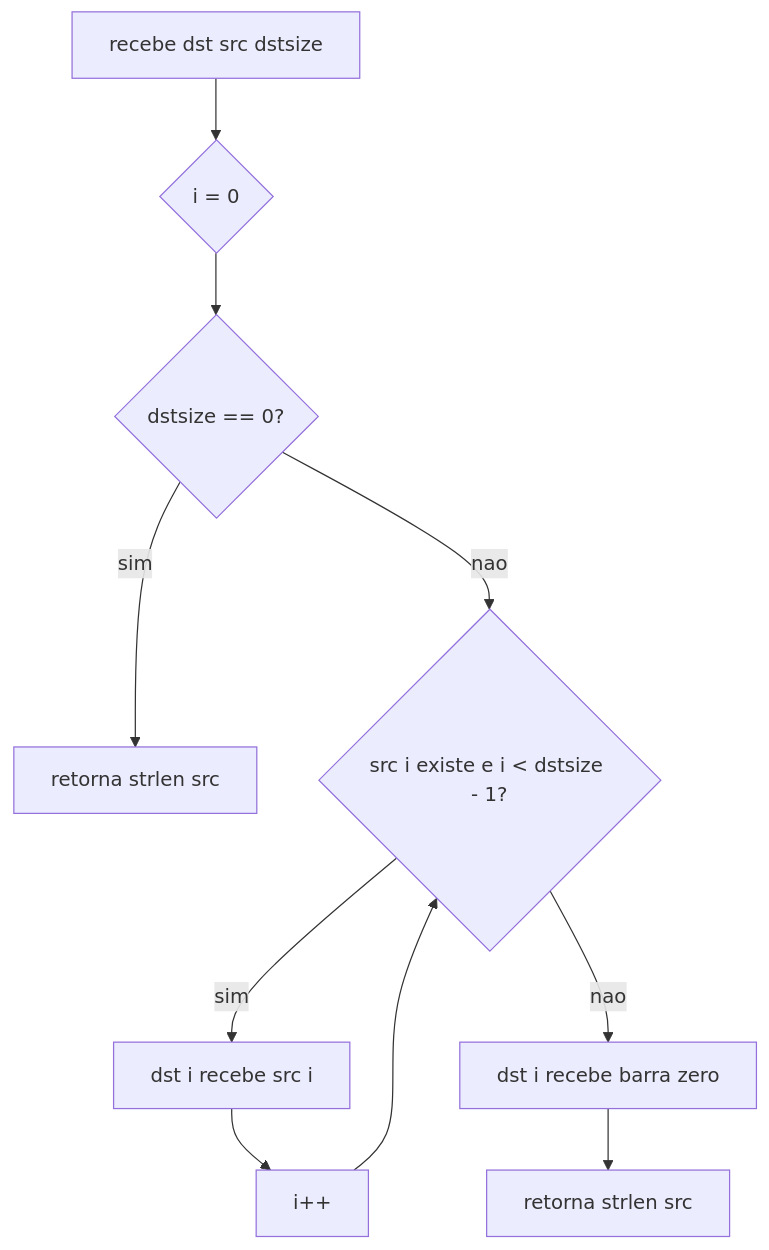
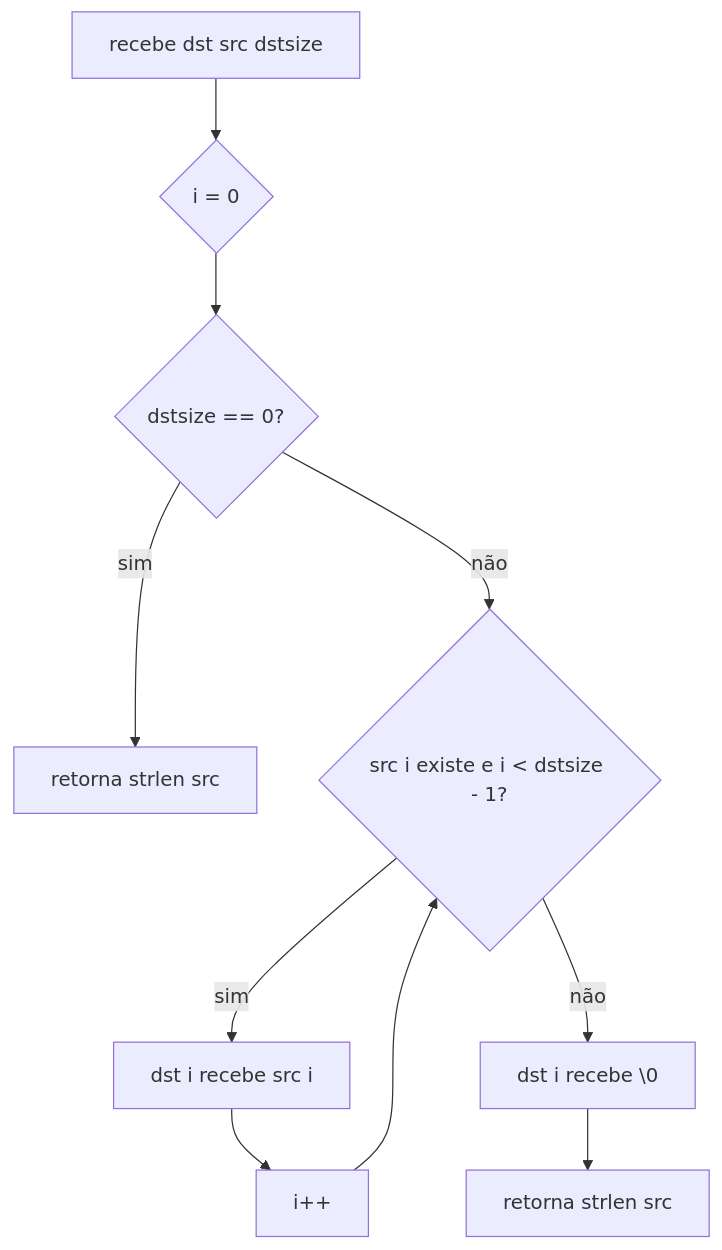
Diagram 11 of 43 in 1-libft/Readme.md (ahy-git/docs), drawn with Mermaid before and after one commit. The commit also changed other lines of this file and 1 other file, not shown here.

````diff
--- a/1-libft/Readme.md
+++ b/1-libft/Readme.md
@@ -1031,12 +1031,12 @@
 ```mermaid
 flowchart TD
-	A[recebe dst src dstsize] --> B{i = 0}
-	B --> C{dstsize == 0?}
-	C -- sim --> D[retorna strlen src]
-	C -- nao --> E{src i existe e i < dstsize - 1?}
-	E -- sim --> F[dst i recebe src i]
-	F --> G[i++]
+	A["recebe dst src dstsize"] --> B{"i = 0"}
+	B --> C{"dstsize == 0?"}
+	C -- sim --> D["retorna strlen src"]
+	C -- não --> E{"src i existe e i < dstsize - 1?"}
+	E -- sim --> F["dst i recebe src i"]
+	F --> G["i++"]
 	G --> E
-	E -- nao --> H[dst i recebe barra zero]
-	H --> I[retorna strlen src]
+	E -- não --> H["dst i recebe \0"]
+	H --> I["retorna strlen src"]
 ```
````
